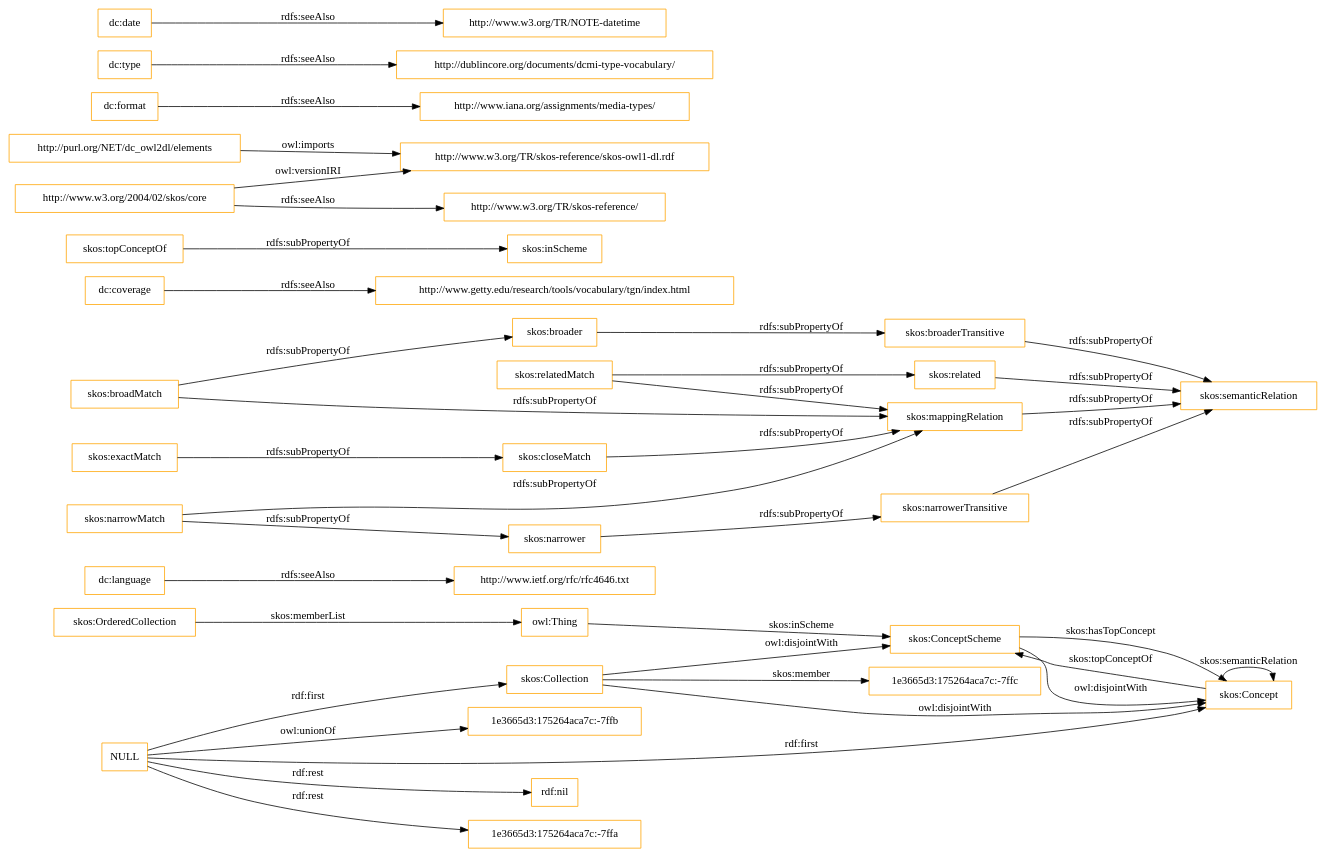
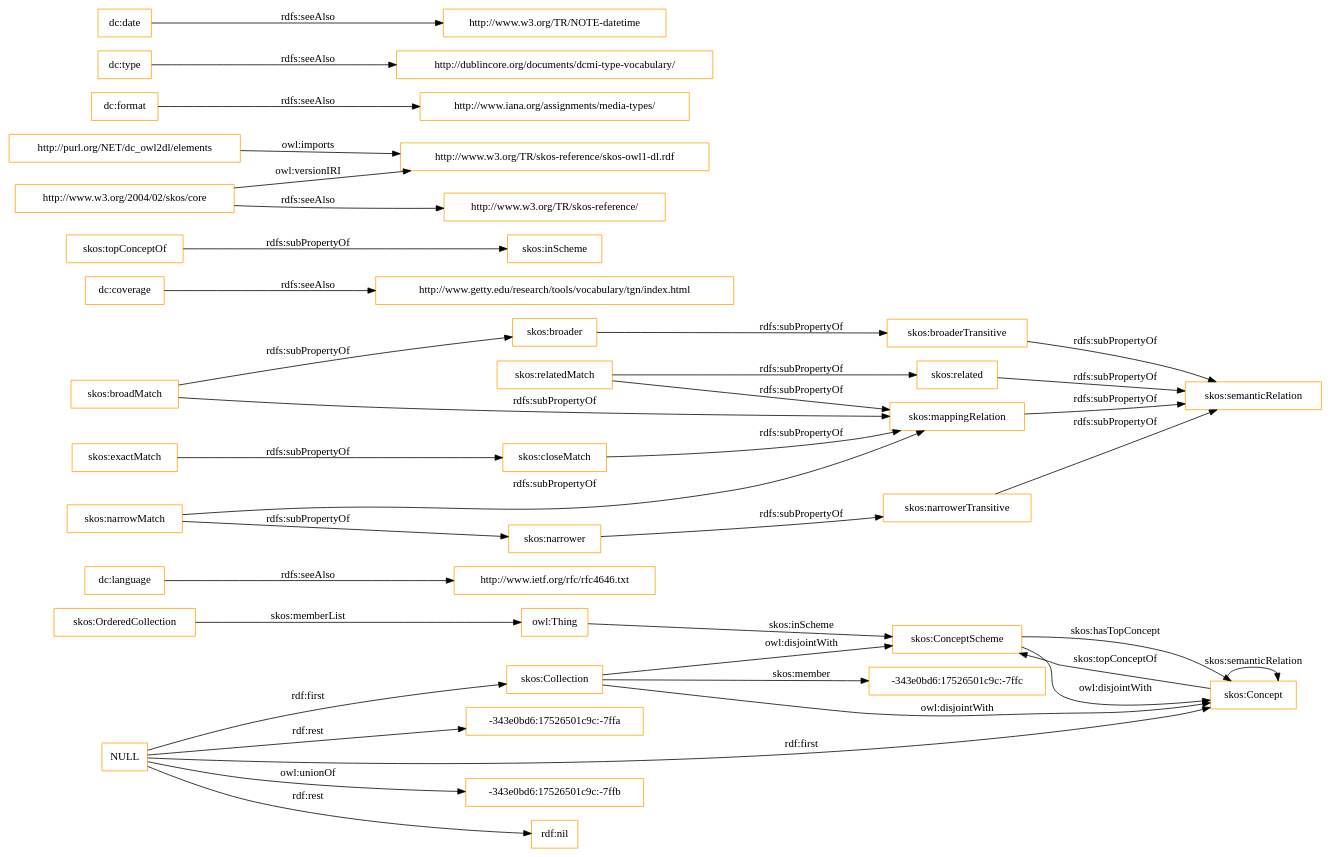
One commit to OnToologyUser/core-ontology-1 changed the diagram in OnToology/imports/elements.owl/diagrams/ar2dtool-class/elements.owl.png.dot. Above: the diagram before and after it, drawn with Graphviz. The commit also changed 14 other files, not shown here.

```diff
--- a/OnToology/imports/elements.owl/diagrams/ar2dtool-class/elements.owl.png.dot
+++ b/OnToology/imports/elements.owl/diagrams/ar2dtool-class/elements.owl.png.dot
@@ -1,43 +1,43 @@
 digraph ar2dtool_diagram { 
 rankdir=LR;
 size="1501"
-node [shape = rectangle, color="orange"]; "1e3665d3:175264aca7c:-7ffc" "skos:OrderedCollection" "skos:Collection" "skos:ConceptScheme" "skos:Concept" ; /*classes style*/
+node [shape = rectangle, color="orange"]; "-343e0bd6:17526501c9c:-7ffc" "skos:OrderedCollection" "skos:Collection" "skos:ConceptScheme" "skos:Concept" ; /*classes style*/
 	"dc:language" -> "http://www.ietf.org/rfc/rfc4646.txt" [ label = "rdfs:seeAlso" ];
+	"NULL" -> "-343e0bd6:17526501c9c:-7ffb" [ label = "owl:unionOf" ];
 	"NULL" -> "rdf:nil" [ label = "rdf:rest" ];
 	"NULL" -> "skos:Collection" [ label = "rdf:first" ];
-	"NULL" -> "1e3665d3:175264aca7c:-7ffa" [ label = "rdf:rest" ];
+	"NULL" -> "-343e0bd6:17526501c9c:-7ffa" [ label = "rdf:rest" ];
 	"NULL" -> "skos:Concept" [ label = "rdf:first" ];
-	"NULL" -> "1e3665d3:175264aca7c:-7ffb" [ label = "owl:unionOf" ];
 	"skos:closeMatch" -> "skos:mappingRelation" [ label = "rdfs:subPropertyOf" ];
 	"dc:coverage" -> "http://www.getty.edu/research/tools/vocabulary/tgn/index.html" [ label = "rdfs:seeAlso" ];
 	"skos:relatedMatch" -> "skos:related" [ label = "rdfs:subPropertyOf" ];
 	"skos:relatedMatch" -> "skos:mappingRelation" [ label = "rdfs:subPropertyOf" ];
 	"skos:ConceptScheme" -> "skos:Concept" [ label = "owl:disjointWith" ];
 	"skos:related" -> "skos:semanticRelation" [ label = "rdfs:subPropertyOf" ];
 	"skos:topConceptOf" -> "skos:inScheme" [ label = "rdfs:subPropertyOf" ];
 	"skos:broadMatch" -> "skos:broader" [ label = "rdfs:subPropertyOf" ];
 	"skos:broadMatch" -> "skos:mappingRelation" [ label = "rdfs:subPropertyOf" ];
 	"http://purl.org/NET/dc_owl2dl/elements" -> "http://www.w3.org/TR/skos-reference/skos-owl1-dl.rdf" [ label = "owl:imports" ];
 	"skos:exactMatch" -> "skos:closeMatch" [ label = "rdfs:subPropertyOf" ];
 	"dc:format" -> "http://www.iana.org/assignments/media-types/" [ label = "rdfs:seeAlso" ];
 	"skos:broaderTransitive" -> "skos:semanticRelation" [ label = "rdfs:subPropertyOf" ];
 	"dc:type" -> "http://dublincore.org/documents/dcmi-type-vocabulary/" [ label = "rdfs:seeAlso" ];
 	"skos:broader" -> "skos:broaderTransitive" [ label = "rdfs:subPropertyOf" ];
 	"skos:mappingRelation" -> "skos:semanticRelation" [ label = "rdfs:subPropertyOf" ];
 	"http://www.w3.org/2004/02/skos/core" -> "http://www.w3.org/TR/skos-reference/skos-owl1-dl.rdf" [ label = "owl:versionIRI" ];
 	"http://www.w3.org/2004/02/skos/core" -> "http://www.w3.org/TR/skos-reference/" [ label = "rdfs:seeAlso" ];
 	"skos:Collection" -> "skos:ConceptScheme" [ label = "owl:disjointWith" ];
 	"skos:Collection" -> "skos:Concept" [ label = "owl:disjointWith" ];
 	"skos:narrowMatch" -> "skos:narrower" [ label = "rdfs:subPropertyOf" ];
 	"skos:narrowMatch" -> "skos:mappingRelation" [ label = "rdfs:subPropertyOf" ];
 	"skos:narrower" -> "skos:narrowerTransitive" [ label = "rdfs:subPropertyOf" ];
 	"dc:date" -> "http://www.w3.org/TR/NOTE-datetime" [ label = "rdfs:seeAlso" ];
 	"skos:narrowerTransitive" -> "skos:semanticRelation" [ label = "rdfs:subPropertyOf" ];
 	"skos:OrderedCollection" -> "owl:Thing" [ label = "skos:memberList" ];
 	"skos:Concept" -> "skos:ConceptScheme" [ label = "skos:topConceptOf" ];
 	"skos:Concept" -> "skos:Concept" [ label = "skos:semanticRelation" ];
-	"skos:Collection" -> "1e3665d3:175264aca7c:-7ffc" [ label = "skos:member" ];
+	"skos:Collection" -> "-343e0bd6:17526501c9c:-7ffc" [ label = "skos:member" ];
 	"skos:ConceptScheme" -> "skos:Concept" [ label = "skos:hasTopConcept" ];
 	"owl:Thing" -> "skos:ConceptScheme" [ label = "skos:inScheme" ];
 
 }
```
